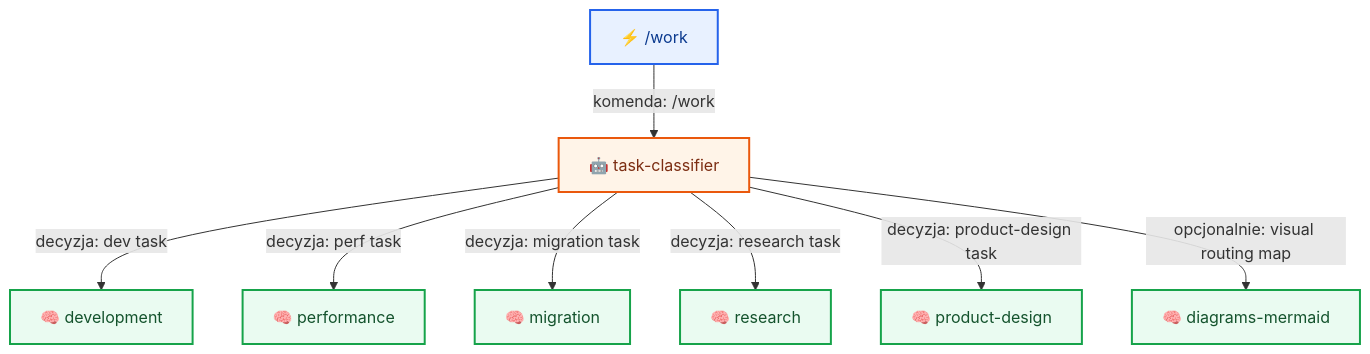
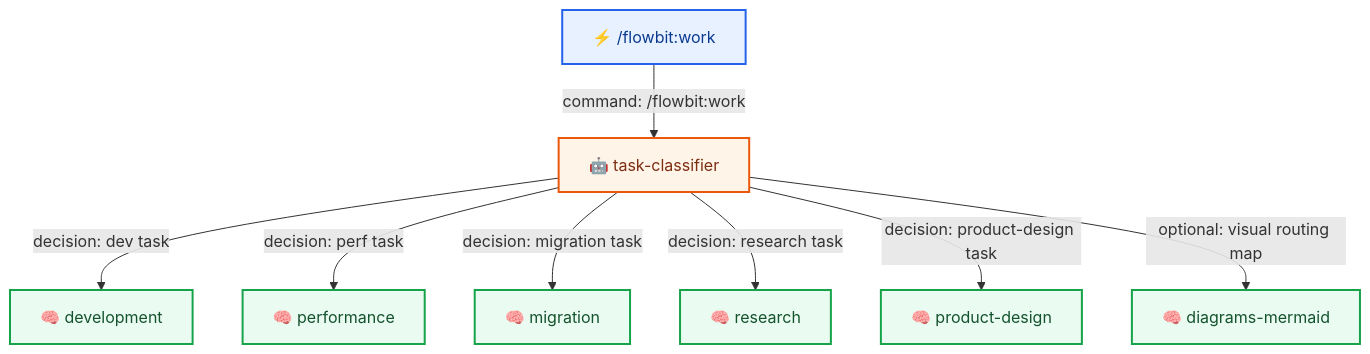
One commit to plucins/flowbit changed the second of 8 diagrams in docs/flow/overview.md. Above: the diagram before and after it, drawn with Mermaid. The commit also changed other lines of this file and 11 other files, not shown here.

````diff
--- a/docs/flow/overview.md
+++ b/docs/flow/overview.md
@@ -66,17 +80,17 @@
 ```mermaid
 graph TD
-  WORK["⚡ /work"] -- "komenda: /work" --> CLASS["🤖 task-classifier"]
-  CLASS -- "decyzja: dev task" --> S_DEV["🧠 development"]
-  CLASS -- "decyzja: perf task" --> S_PERF["🧠 performance"]
-  CLASS -- "decyzja: migration task" --> S_MIG["🧠 migration"]
-  CLASS -- "decyzja: research task" --> S_RES["🧠 research"]
-  CLASS -- "decyzja: product-design task" --> S_PD["🧠 product-design"]
-  CLASS -- "opcjonalnie: visual routing map" --> S_DIAG_WR["🧠 diagrams-mermaid"]
+  WORK["⚡ /flowbit:work"] -- "command: /flowbit:work" --> CLASS["🤖 task-classifier"]
+  CLASS -- "decision: dev task" --> S_DEV["🧠 development"]
+  CLASS -- "decision: perf task" --> S_PERF["🧠 performance"]
+  CLASS -- "decision: migration task" --> S_MIG["🧠 migration"]
+  CLASS -- "decision: research task" --> S_RES["🧠 research"]
+  CLASS -- "decision: product-design task" --> S_PD["🧠 product-design"]
+  CLASS -- "optional: visual routing map" --> S_DIAG_WR["🧠 diagrams-mermaid"]
 
   classDef cmd fill:#E8F1FF,stroke:#2563EB,stroke-width:2px,color:#0B3A8F;
   classDef skill fill:#EAFBF1,stroke:#16A34A,stroke-width:2px,color:#14532D;
   classDef agent fill:#FFF4E8,stroke:#EA580C,stroke-width:2px,color:#7C2D12;
   class WORK cmd;
   class S_DEV,S_PERF,S_MIG,S_RES,S_PD,S_DIAG_WR skill;
   class CLASS agent;
 ```
````
